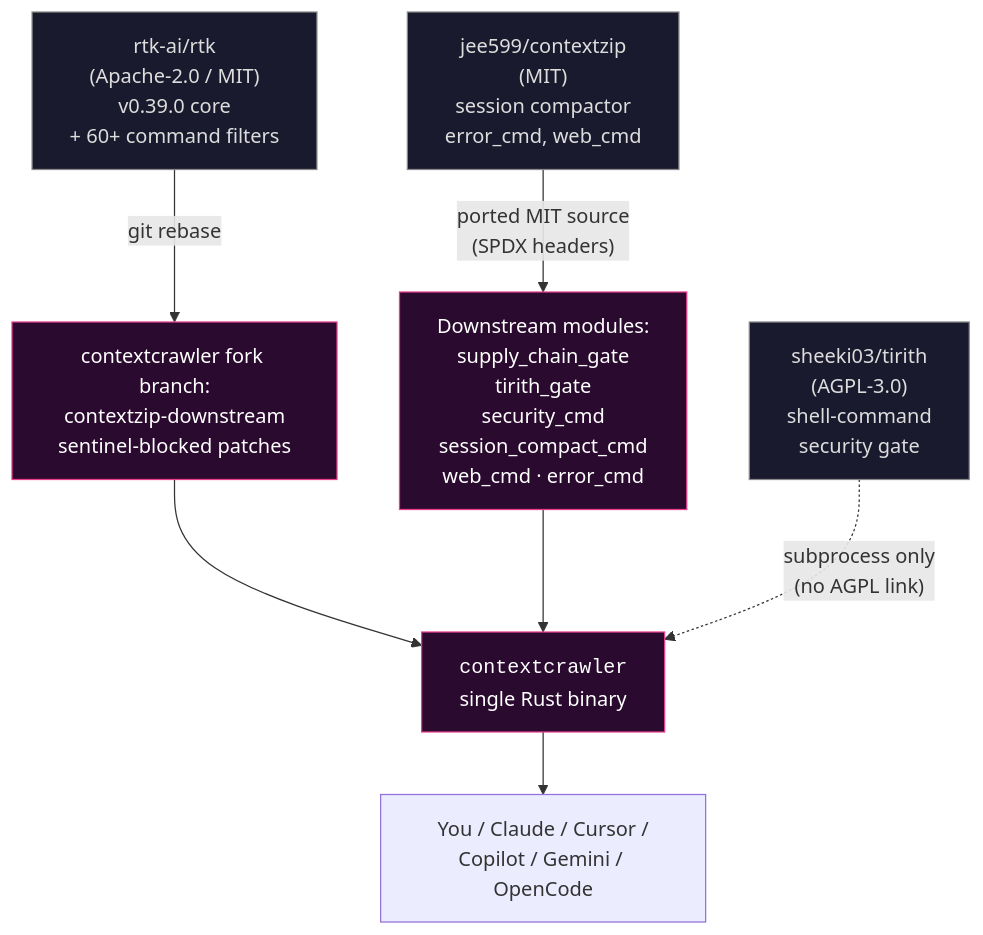
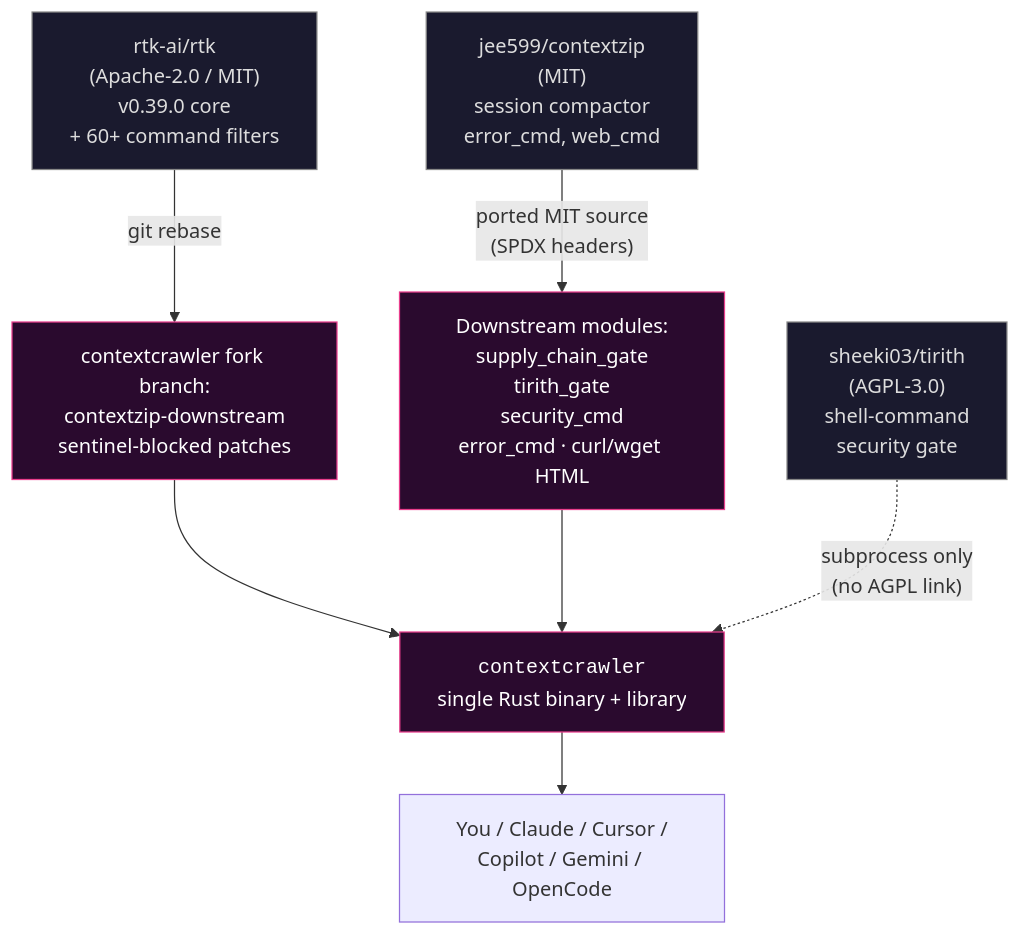
Before and after one commit to thehoff/contextcrawler: the first of 2 diagrams in README.md, drawn with Mermaid. The commit also changed other lines of this file and 24 other files, not shown here.

````diff
--- a/README.md
+++ b/README.md
@@ -201,23 +239,23 @@
 ```mermaid
 flowchart TB
     RTK["rtk-ai/rtk<br/>(Apache-2.0 / MIT)<br/>v0.39.0 core<br/>+ 60+ command filters"]
     CZIP["jee599/contextzip<br/>(MIT)<br/>session compactor<br/>error_cmd, web_cmd"]
     TIRITH["sheeki03/tirith<br/>(AGPL-3.0)<br/>shell-command<br/>security gate"]
 
     FORK["contextcrawler fork branch:<br/>contextzip-downstream<br/>sentinel-blocked patches"]
-    PATCHES["Downstream modules:<br/>supply_chain_gate<br/>tirith_gate<br/>security_cmd<br/>session_compact_cmd<br/>web_cmd · error_cmd"]
-    BIN["<code>contextcrawler</code><br/>single Rust binary"]
+    PATCHES["Downstream modules:<br/>supply_chain_gate<br/>tirith_gate<br/>security_cmd<br/>error_cmd · curl/wget HTML"]
+    BIN["<code>contextcrawler</code><br/>single Rust binary + library"]
     USERS["You / Claude / Cursor /<br/>Copilot / Gemini / OpenCode"]
 
     RTK -- "git rebase" --> FORK
     CZIP -- "ported MIT source<br/>(SPDX headers)" --> PATCHES
     FORK --> BIN
     PATCHES --> BIN
     TIRITH -. "subprocess only<br/>(no AGPL link)" .-> BIN
     BIN --> USERS
 
     classDef upstream fill:#1a1a2e,stroke:#888,color:#ddd
     classDef ours fill:#2a0a2e,stroke:#e83e8c,color:#fff
     class RTK,CZIP,TIRITH upstream
     class FORK,PATCHES,BIN ours
 ```
````
